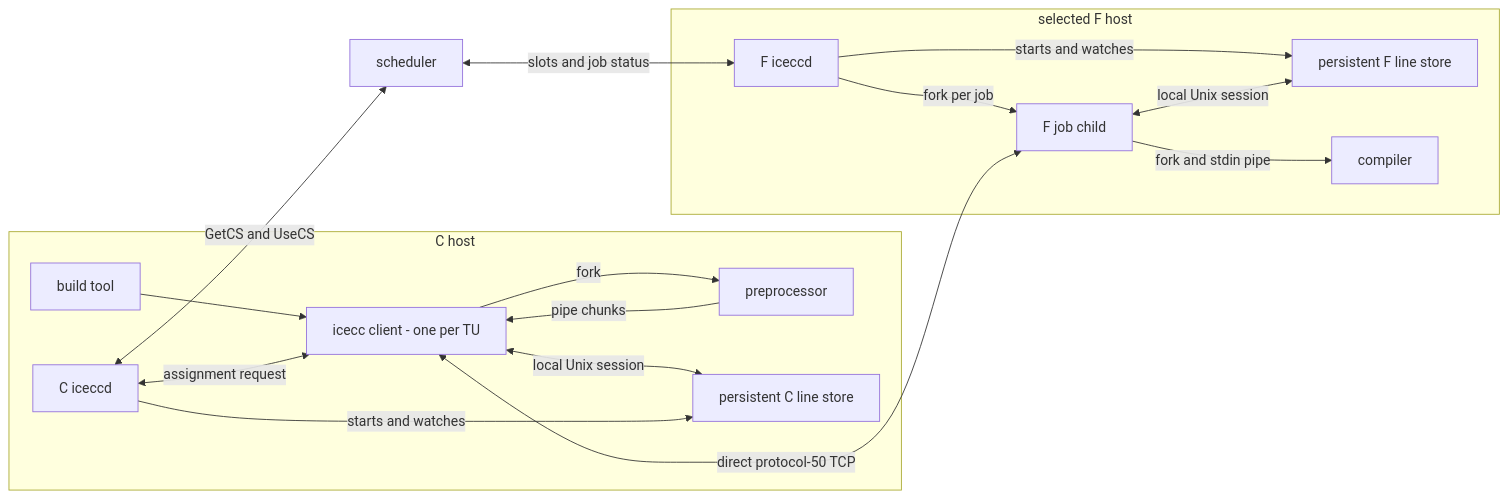
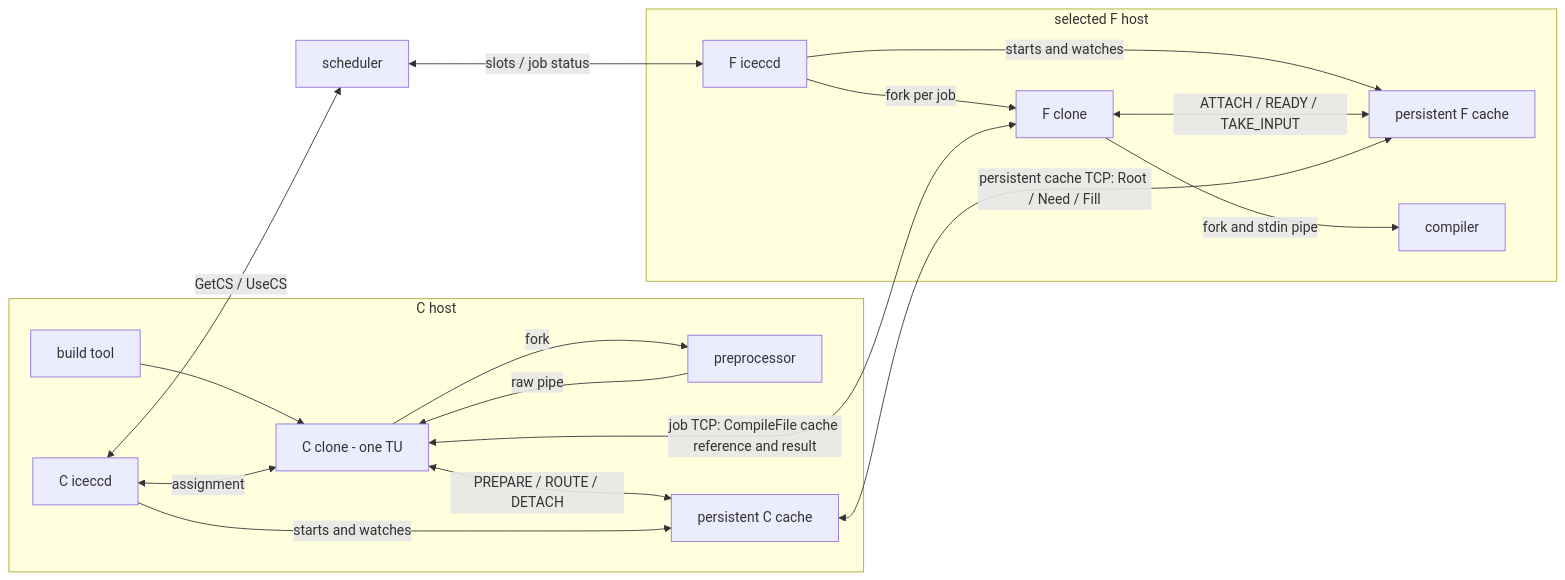
The first of 2 diagrams in capability/distribution/ICECREAM-REAL-TRANSFER-ARCHITECTURE.md (mickg10/icecream), drawn with Mermaid before and after one commit. The commit also changed other lines of this file, not shown here.

Commit message:
Specify protocol 50 implementation architecture

````diff
--- a/capability/distribution/ICECREAM-REAL-TRANSFER-ARCHITECTURE.md
+++ b/capability/distribution/ICECREAM-REAL-TRANSFER-ARCHITECTURE.md
@@ -140,24 +162,25 @@
 ```mermaid
 flowchart LR
   subgraph CH["C host"]
-    BUILD["build tool"] --> CLIENT["icecc client - one per TU"]
-    CLIENT -->|fork| CPP["preprocessor"]
-    CPP -->|pipe chunks| CLIENT
-    CLIENT <-->|local Unix session| CSTORE["persistent C line store"]
-    CICE["C iceccd"] <-->|assignment request| CLIENT
+    BUILD["build tool"] --> CC["C clone - one TU"]
+    CC -->|fork| CPP["preprocessor"]
+    CPP -->|raw pipe| CC
+    CC <-->|PREPARE / ROUTE / DETACH| CSTORE["persistent C cache"]
+    CICE["C iceccd"] <-->|assignment| CC
     CICE -->|starts and watches| CSTORE
   end
 
   S["scheduler"]
 
   subgraph FH["selected F host"]
-    FICE["F iceccd"] -->|fork per job| FJOB["F job child"]
-    FICE -->|starts and watches| FSTORE["persistent F line store"]
-    FJOB <-->|local Unix session| FSTORE
-    FJOB -->|fork and stdin pipe| COMP["compiler"]
+    FICE["F iceccd"] -->|fork per job| FC["F clone"]
+    FICE -->|starts and watches| FSTORE["persistent F cache"]
+    FC <-->|ATTACH / READY / TAKE_INPUT| FSTORE
+    FC -->|fork and stdin pipe| COMP["compiler"]
   end
 
-  CICE <-->|GetCS and UseCS| S
-  S <-->|slots and job status| FICE
-  CLIENT <-->|direct protocol-50 TCP| FJOB
+  CICE <-->|GetCS / UseCS| S
+  S <-->|slots / job status| FICE
+  CC <-->|job TCP: CompileFile cache reference and result| FC
+  CSTORE <-->|persistent cache TCP: Root / Need / Fill| FSTORE
 ```
````
